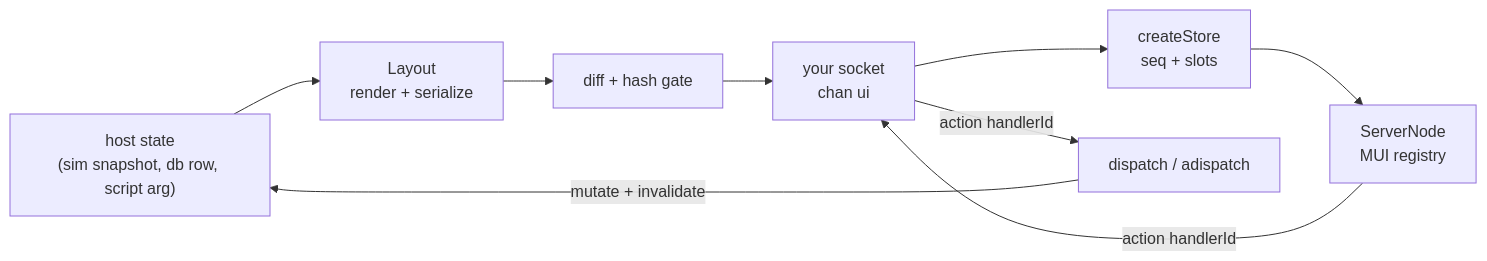
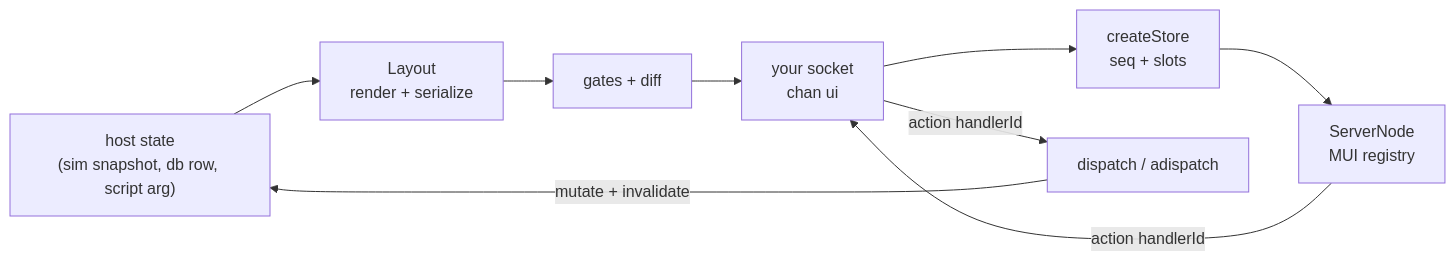
The first of 8 diagrams in docs/how-it-works.md (aaron-riact/flyrail), drawn with Mermaid before and after one commit. The commit also changed other lines of this file and 1 other file, not shown here.

````diff
--- a/docs/how-it-works.md
+++ b/docs/how-it-works.md
@@ -10,15 +10,15 @@
 ```mermaid
 flowchart LR
     SIM["host state<br/>(sim snapshot, db row, script arg)"]
     LAY["Layout<br/>render + serialize"]
-    DIFF["diff + hash gate"]
+    DIFF["gates + diff"]
     SOCK["your socket<br/>chan ui"]
     STORE["createStore<br/>seq + slots"]
     MUI["ServerNode<br/>MUI registry"]
     ACT["dispatch / adispatch"]
 
     SIM --> LAY --> DIFF --> SOCK --> STORE --> MUI
     MUI -- "action handlerId" --> SOCK
     SOCK -- "action handlerId" --> ACT
     ACT -- "mutate + invalidate" --> SIM
 ```
````
